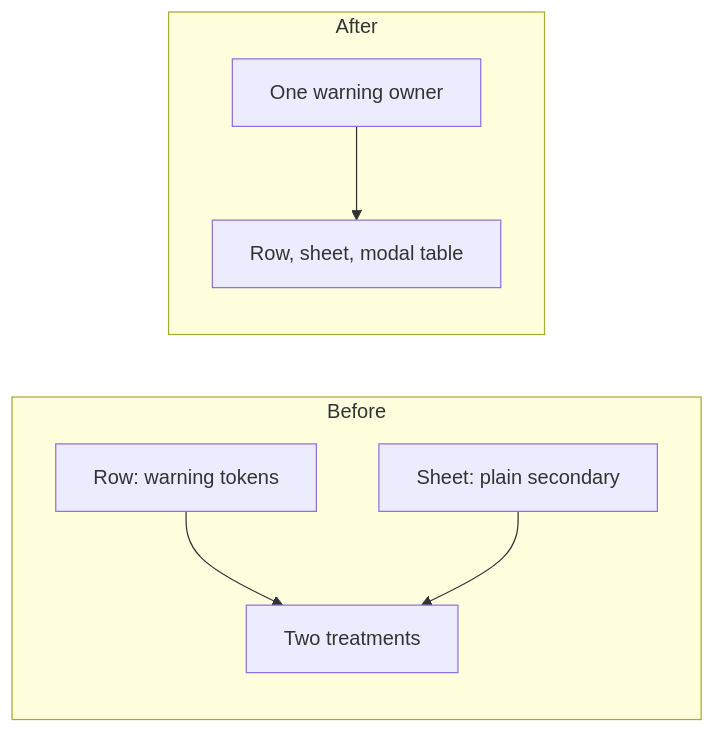
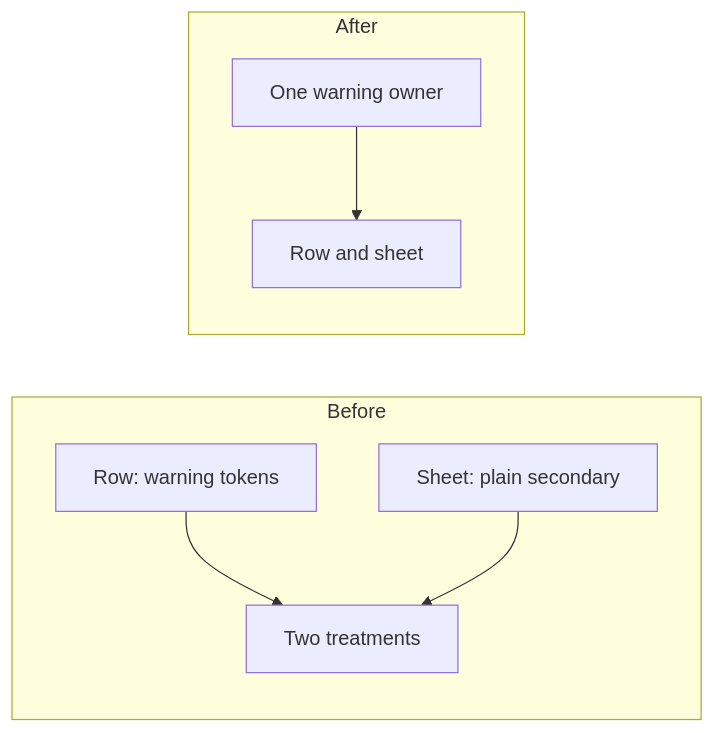
One commit to SimHoZebs/net-worth-estimator changed the second of 2 diagrams in audit-findings/111-warning-badge-owner.md. Above: the diagram before and after it, drawn with Mermaid. The commit also changed other lines of this file and 92 other files, not shown here.

````diff
--- a/audit-findings/111-warning-badge-owner.md
+++ b/audit-findings/111-warning-badge-owner.md
@@ -42,10 +40,10 @@
 ```mermaid
 flowchart LR
   subgraph Before
     A[Row: warning tokens] --> C[Two treatments]
     B[Sheet: plain secondary] --> C
   end
   subgraph After
-    D[One warning owner] --> E[Row, sheet, modal table]
+    D[One warning owner] --> E[Row and sheet]
   end
 ```
````
